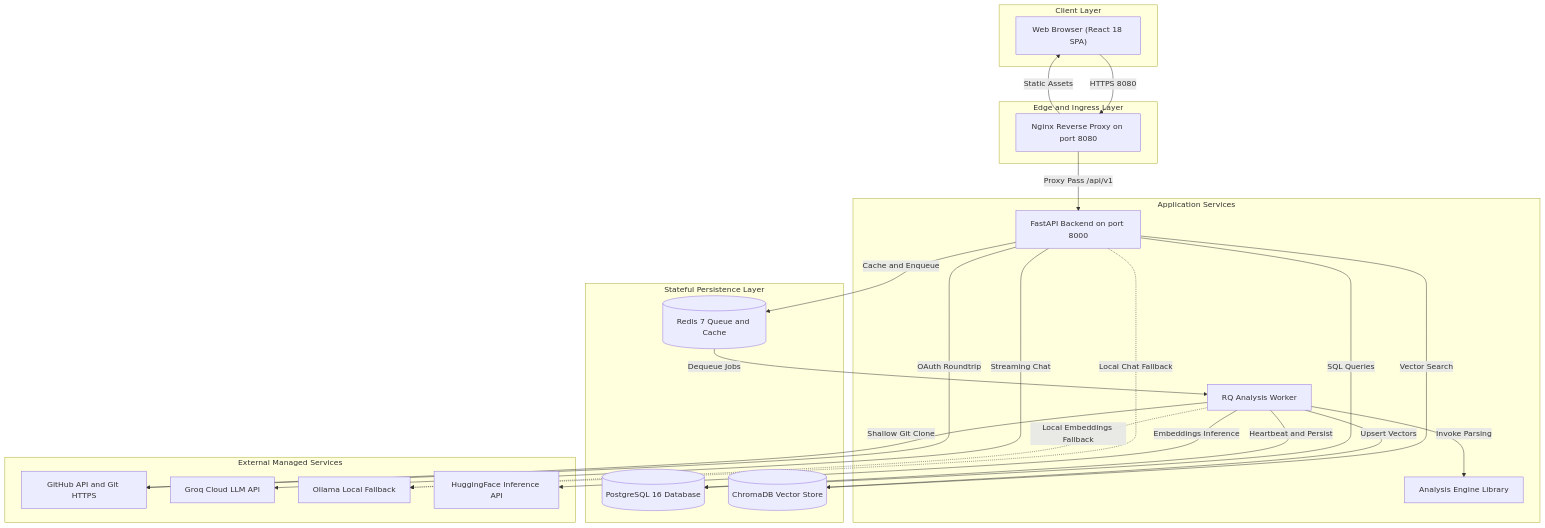
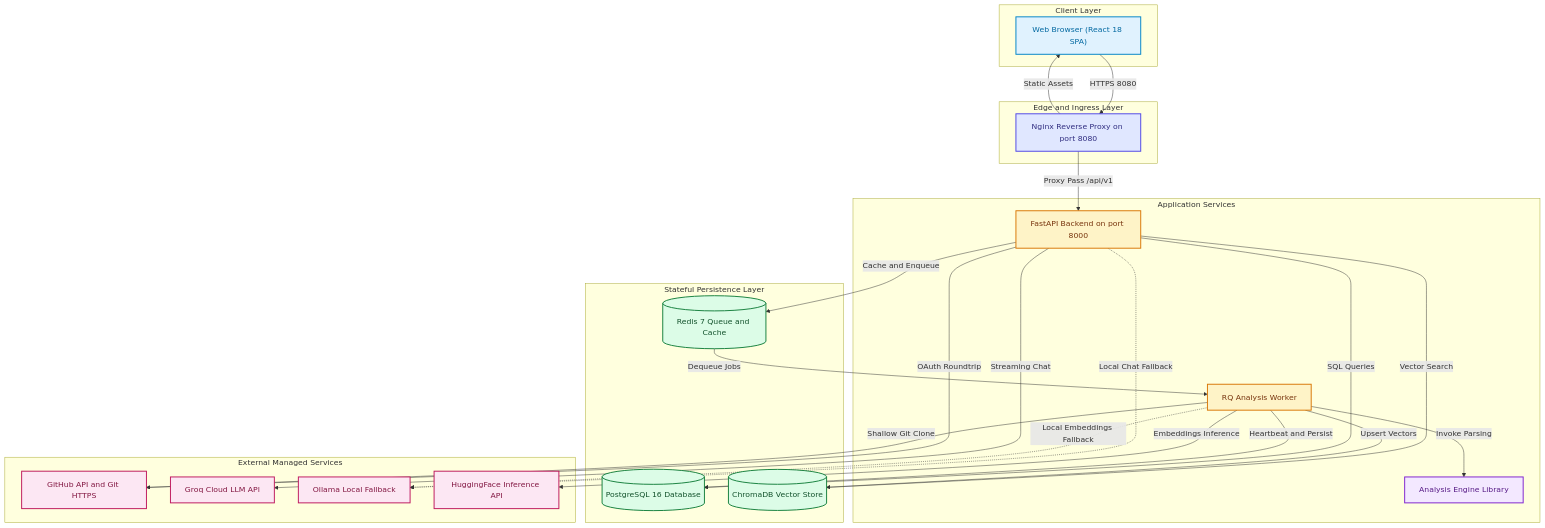
Before and after one commit to nikhil-87/CodeSensei: the diagram in vault/01-project-overview.md, drawn with Mermaid. The commit also changed 9 other files, not shown here.

Commit message:
docs: added some colors to mermaid diagrams

````diff
--- a/vault/01-project-overview.md
+++ b/vault/01-project-overview.md
@@ -111,48 +111,62 @@
 ```mermaid
 flowchart TB
     subgraph ClientLayer ["Client Layer"]
         Browser["Web Browser (React 18 SPA)"]
     end
 
     subgraph EdgeLayer ["Edge and Ingress Layer"]
         Nginx["Nginx Reverse Proxy on port 8080"]
     end
 
     subgraph ApplicationLayer ["Application Services"]
         Backend["FastAPI Backend on port 8000"]
         Worker["RQ Analysis Worker"]
         Engine["Analysis Engine Library"]
     end
 
     subgraph StatefulLayer ["Stateful Persistence Layer"]
         PG[("PostgreSQL 16 Database")]
         Redis[("Redis 7 Queue and Cache")]
         Chroma[("ChromaDB Vector Store")]
     end
 
     subgraph ExternalProviders ["External Managed Services"]
         GitHub["GitHub API and Git HTTPS"]
         Groq["Groq Cloud LLM API"]
         Ollama["Ollama Local Fallback"]
         HF["HuggingFace Inference API"]
     end
 
     Browser -->|HTTPS 8080| Nginx
     Nginx -->|Static Assets| Browser
     Nginx -->|Proxy Pass /api/v1| Backend
 
     Backend -->|OAuth Roundtrip| GitHub
     Backend -->|SQL Queries| PG
     Backend -->|Cache and Enqueue| Redis
     Backend -->|Vector Search| Chroma
     Backend -->|Streaming Chat| Groq
     Backend -.->|Local Chat Fallback| Ollama
 
     Redis -->|Dequeue Jobs| Worker
     Worker -->|Shallow Git Clone| GitHub
     Worker -->|Invoke Parsing| Engine
     Worker -->|Heartbeat and Persist| PG
     Worker -->|Upsert Vectors| Chroma
     Worker -->|Embeddings Inference| HF
     Worker -.->|Local Embeddings Fallback| Ollama
+
+    classDef client fill:#e0f2fe,stroke:#0284c7,stroke-width:2px,color:#0369a1;
+    classDef ingress fill:#e0e7ff,stroke:#4f46e5,stroke-width:2px,color:#312e81;
+    classDef app fill:#fef3c7,stroke:#d97706,stroke-width:2px,color:#78350f;
+    classDef engine fill:#f3e8ff,stroke:#7e22ce,stroke-width:2px,color:#581c87;
+    classDef storage fill:#dcfce7,stroke:#15803d,stroke-width:2px,color:#14532d;
+    classDef external fill:#fce7f3,stroke:#be185d,stroke-width:2px,color:#831843;
+
+    class Browser client;
+    class Nginx ingress;
+    class Backend,Worker app;
+    class Engine engine;
+    class PG,Redis,Chroma storage;
+    class GitHub,Groq,HF,Ollama external;
 ```
````
